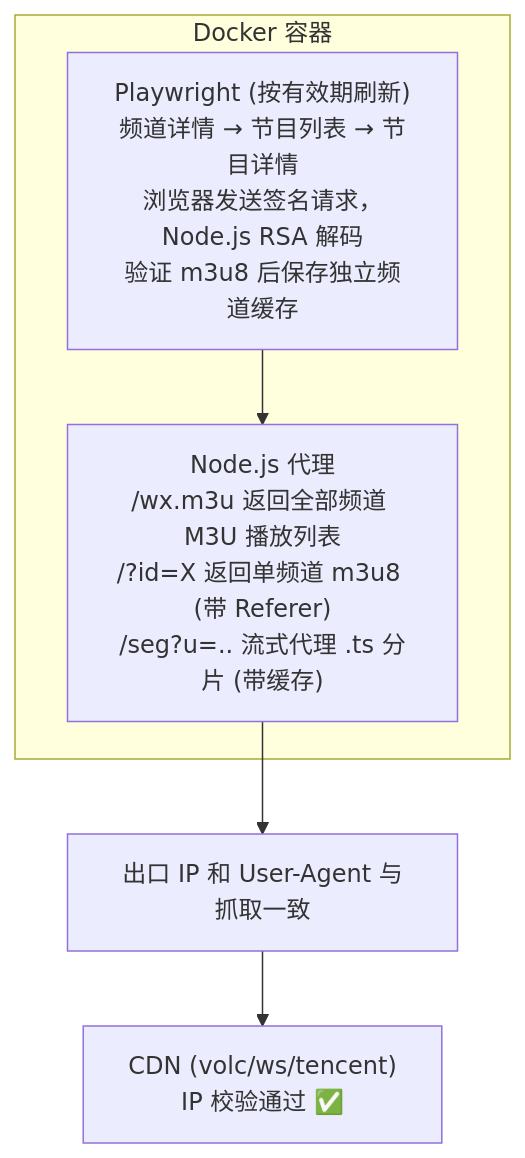
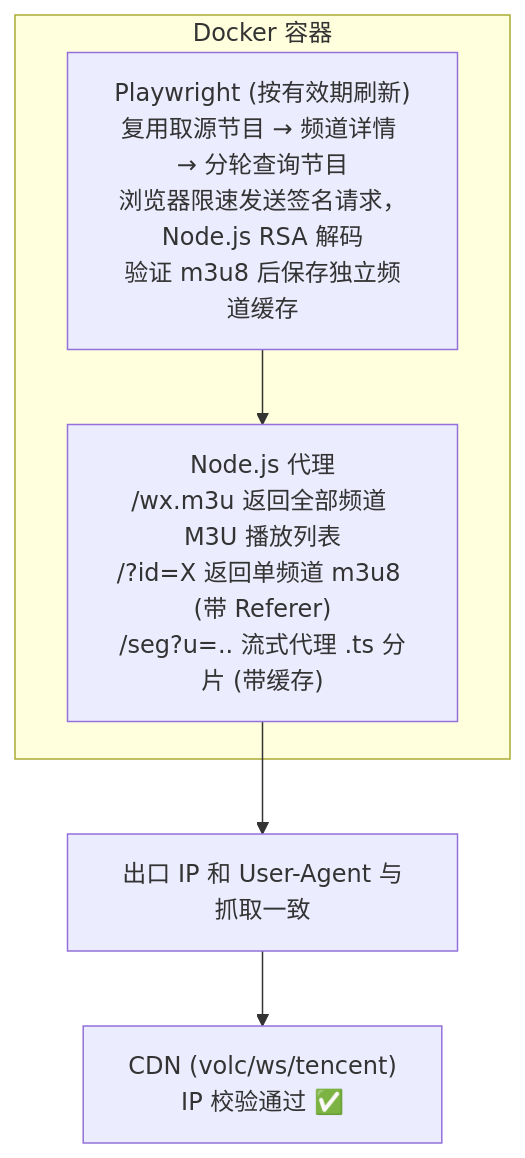
Before and after one commit to C0neF/kankenews-hls-proxy: the diagram in README.md, drawn with Mermaid. The commit also changed other lines of this file and 15 other files, not shown here.

````diff
--- a/README.md
+++ b/README.md
@@ -111,11 +115,11 @@
 ```mermaid
 flowchart TB
   subgraph docker["Docker 容器"]
-    capture["Playwright (按有效期刷新)<br/>频道详情 → 节目列表 → 节目详情<br/>浏览器发送签名请求，Node.js RSA 解码<br/>验证 m3u8 后保存独立频道缓存"]
+    capture["Playwright (按有效期刷新)<br/>复用取源节目 → 频道详情 → 分轮查询节目<br/>浏览器限速发送签名请求，Node.js RSA 解码<br/>验证 m3u8 后保存独立频道缓存"]
     proxy["Node.js 代理<br/>/wx.m3u 返回全部频道 M3U 播放列表<br/>/?id=X 返回单频道 m3u8 (带 Referer)<br/>/seg?u=.. 流式代理 .ts 分片 (带缓存)"]
   end
 
   capture --> proxy
   proxy --> ip["出口 IP 和 User-Agent 与抓取一致"]
   ip --> cdn["CDN (volc/ws/tencent)<br/>IP 校验通过 ✅"]
 ```
````
